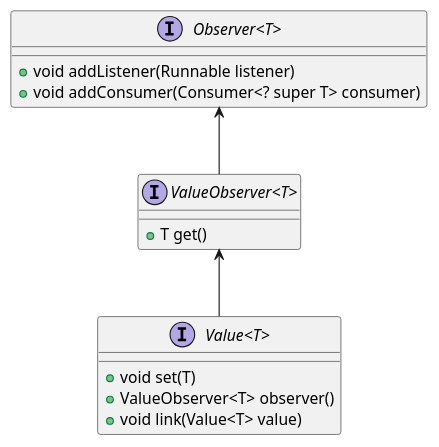
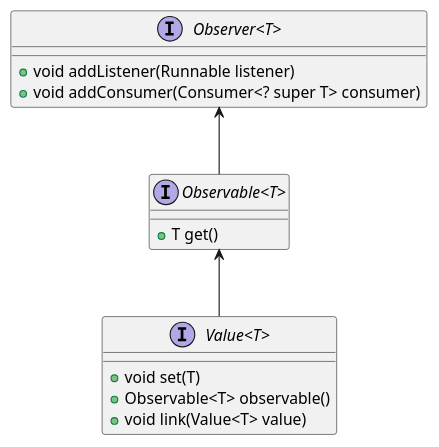
Before and after one commit to codion-is/codion: the second of 3 diagrams in documentation/src/docs/asciidoc/manual/common-core.adoc, drawn with PlantUML. The commit also changed other lines of this file and 100 other files, not shown here.

Commit message:
ValueObserver merged with Observable, related refactoring and renaming

```diff
--- a/documentation/src/docs/asciidoc/manual/common-core.adoc
+++ b/documentation/src/docs/asciidoc/manual/common-core.adoc
@@ -57,22 +57,22 @@
 [plantuml,value-diagram,svg,align=center]
 -------------------------------------------
 skinparam genericDisplay old
 
 interface Value<T> {
     +void set(T)
-    +ValueObserver<T> observer()
+    +Observable<T> observable()
     +void link(Value<T> value)
 }
 
-interface ValueObserver<T> {
+interface Observable<T> {
     +T get()
 }
 
 interface Observer<T> {
     +void addListener(Runnable listener)
     +void addConsumer(Consumer<? super T> consumer)
 }
 
-ValueObserver <-- Value
-Observer <-- ValueObserver
+Observable <-- Value
+Observer <-- Observable
 -------------------------------------------
```
